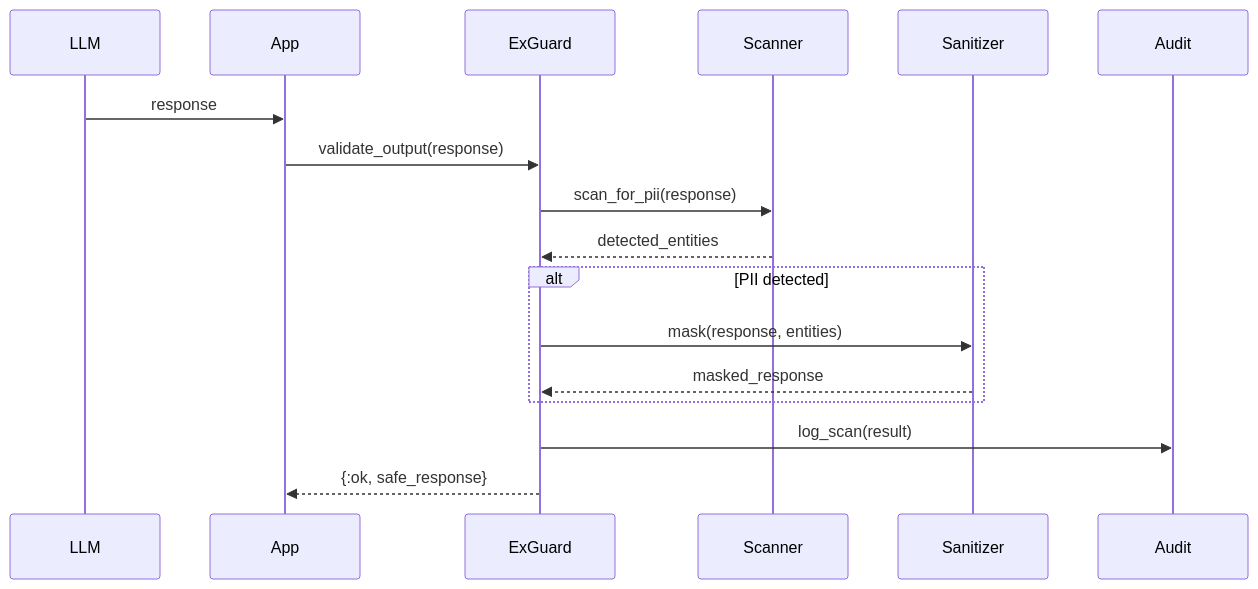
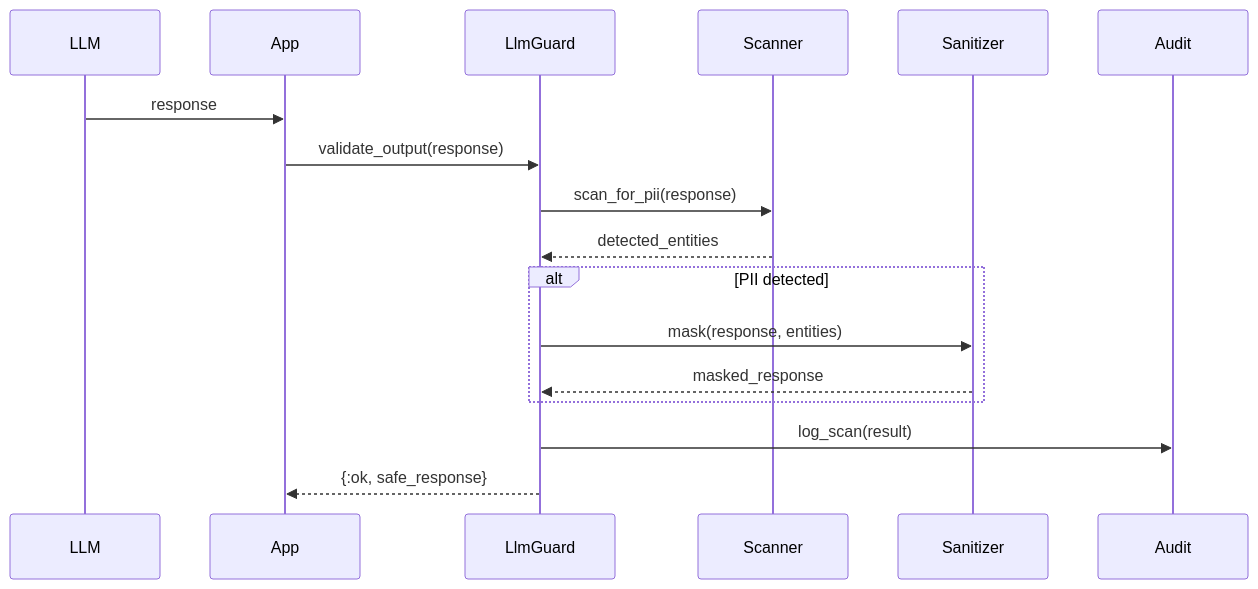
The fourth of 7 diagrams in docs/architecture.md (North-Shore-AI/LlmGuard), drawn with Mermaid before and after one commit. The commit also changed other lines of this file and 12 other files, not shown here.

````diff
--- a/docs/architecture.md
+++ b/docs/architecture.md
@@ -219,22 +219,22 @@
 ```mermaid
 sequenceDiagram
     participant LLM
     participant App
-    participant ExGuard
+    participant LlmGuard
     participant Scanner
     participant Sanitizer
     participant Audit
 
     LLM->>App: response
-    App->>ExGuard: validate_output(response)
-    ExGuard->>Scanner: scan_for_pii(response)
-    Scanner-->>ExGuard: detected_entities
+    App->>LlmGuard: validate_output(response)
+    LlmGuard->>Scanner: scan_for_pii(response)
+    Scanner-->>LlmGuard: detected_entities
 
     alt PII detected
-        ExGuard->>Sanitizer: mask(response, entities)
-        Sanitizer-->>ExGuard: masked_response
+        LlmGuard->>Sanitizer: mask(response, entities)
+        Sanitizer-->>LlmGuard: masked_response
     end
 
-    ExGuard->>Audit: log_scan(result)
-    ExGuard-->>App: {:ok, safe_response}
+    LlmGuard->>Audit: log_scan(result)
+    LlmGuard-->>App: {:ok, safe_response}
 ```
````
